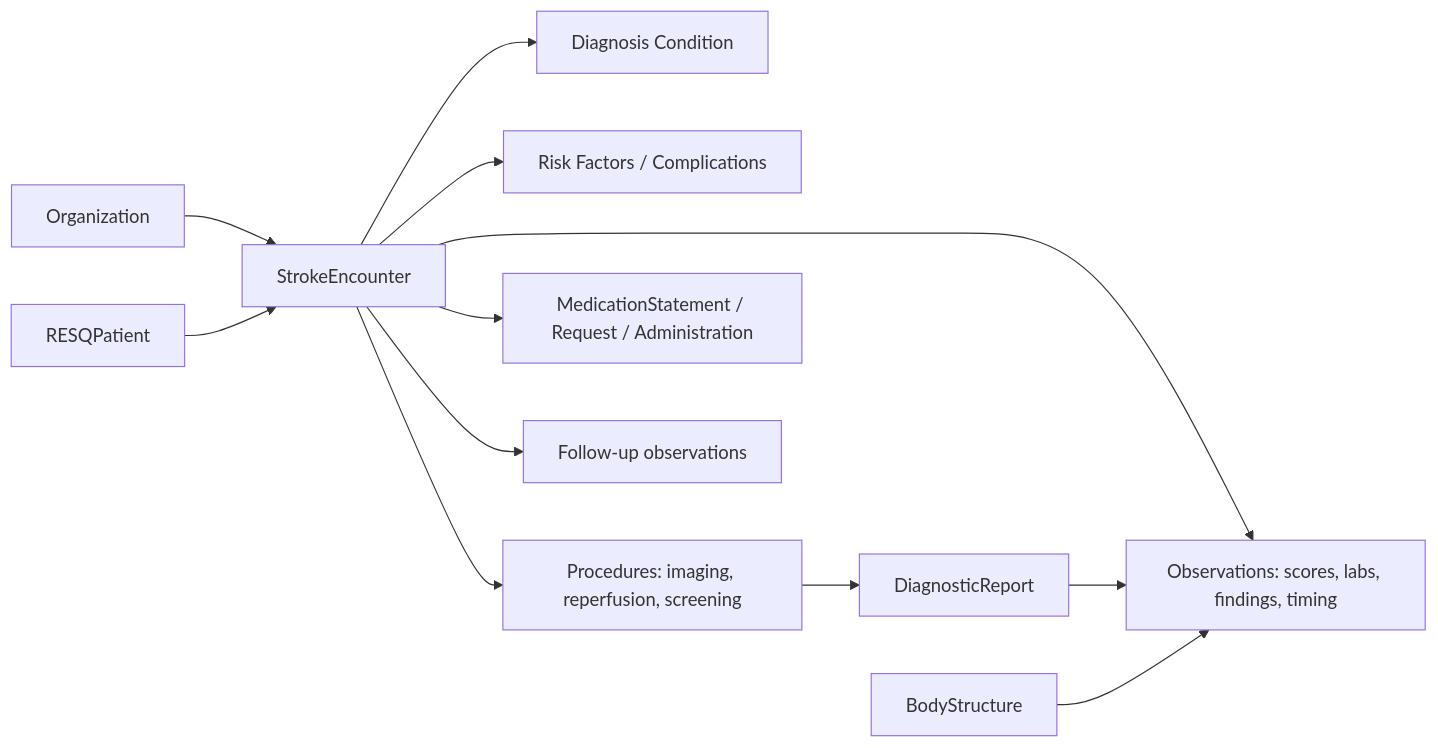
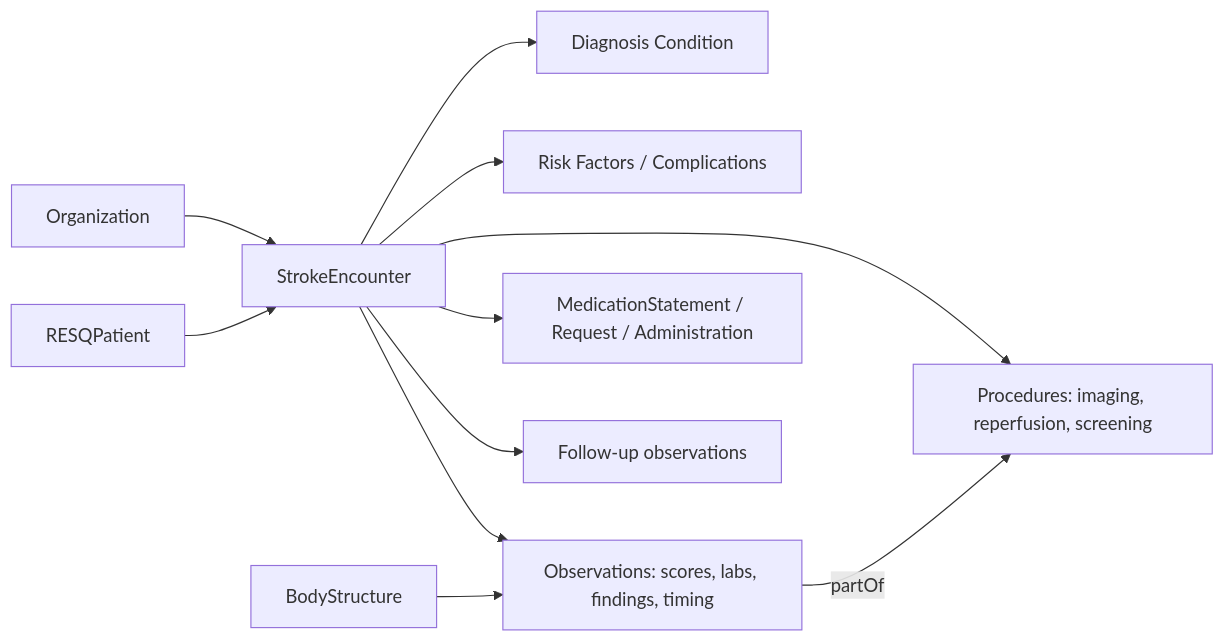
The diagram in input/pagecontent/index.md (quality-registry/ri-fhir-implementation-guide), drawn with Mermaid before and after one commit. The commit also changed other lines of this file and 15 other files, not shown here.

````diff
--- a/input/pagecontent/index.md
+++ b/input/pagecontent/index.md
@@ -46,14 +46,13 @@
 ```mermaid
 flowchart LR
   Org["Organization"] --> Enc["StrokeEncounter"]
   Pat["RESQPatient"] --> Enc
   Enc --> Dx["Diagnosis Condition"]
   Enc --> Risk["Risk Factors / Complications"]
   Enc --> Obs["Observations: scores, labs, findings, timing"]
   Enc --> Proc["Procedures: imaging, reperfusion, screening"]
-  Proc --> Rep["DiagnosticReport"]
-  Rep --> Obs
+  Obs -->|partOf| Proc
   Enc --> Med["MedicationStatement / Request / Administration"]
   Enc --> Fu["Follow-up observations"]
   Body["BodyStructure"] --> Obs
 ```
````
